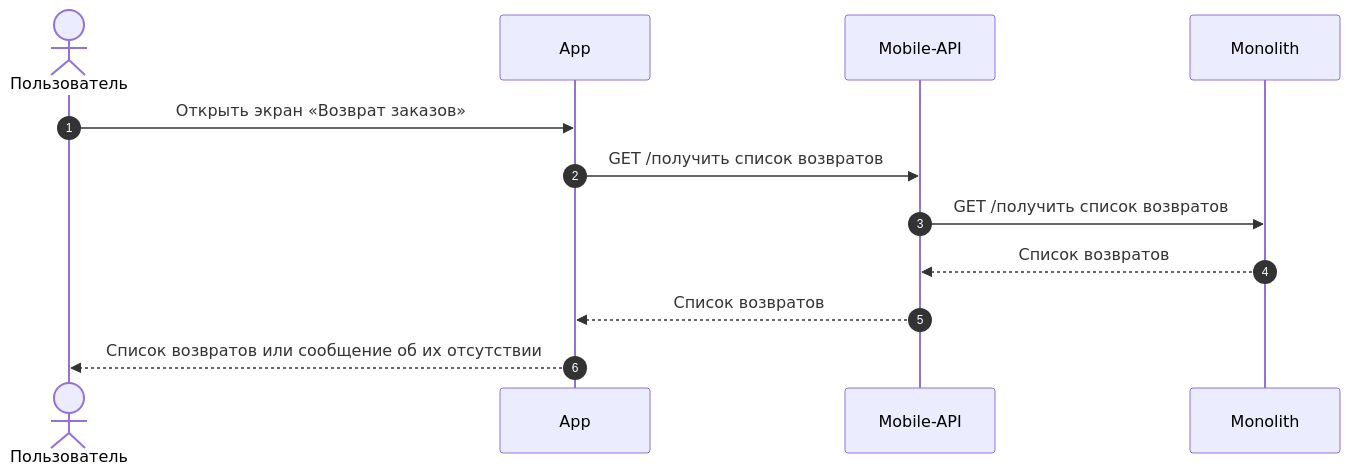
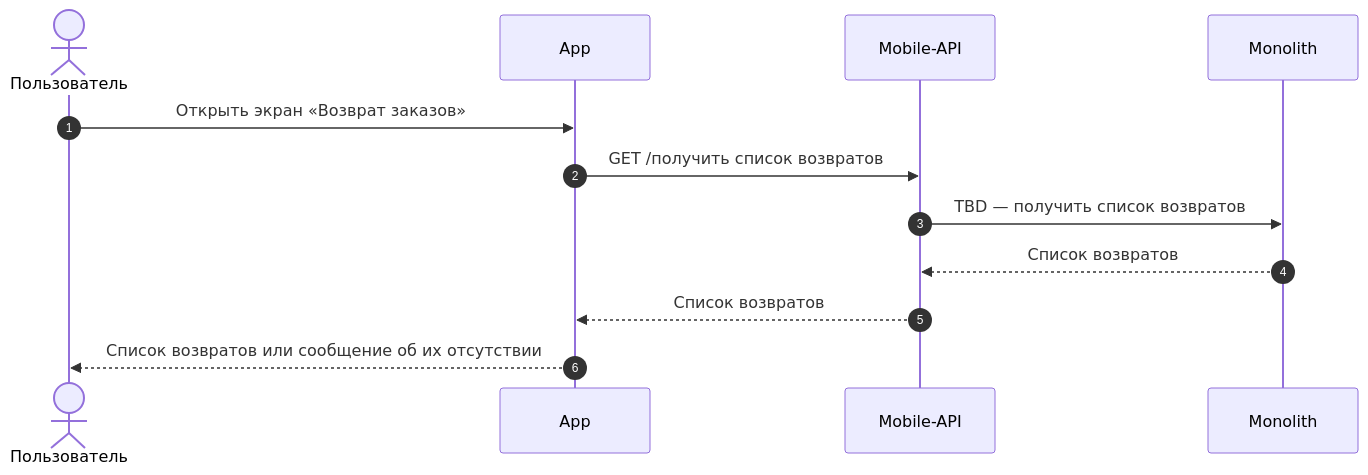
One commit to Terinss155/opencode-agents-analysis changed diagram 18 of 21 in projects/returns-2.0/requirements/srs/srs-mobile-mvp.md. Above: the diagram before and after it, drawn with Mermaid. The commit also changed other lines of this file and 6 other files, not shown here.

````diff
--- a/projects/returns-2.0/requirements/srs/srs-mobile-mvp.md
+++ b/projects/returns-2.0/requirements/srs/srs-mobile-mvp.md
@@ -1226,15 +1227,15 @@
 ```mermaid
 sequenceDiagram
     autonumber
     actor U as Пользователь
     participant APP as App
     participant API as Mobile-API
     participant MON as Monolith
 
     U->>APP: Открыть экран «Возврат заказов»
     APP->>API: GET /получить список возвратов
-    API->>MON: GET /получить список возвратов
+    API->>MON: TBD — получить список возвратов
     MON-->>API: Список возвратов
     API-->>APP: Список возвратов
     APP-->>U: Список возвратов или сообщение об их отсутствии
 ```
````
